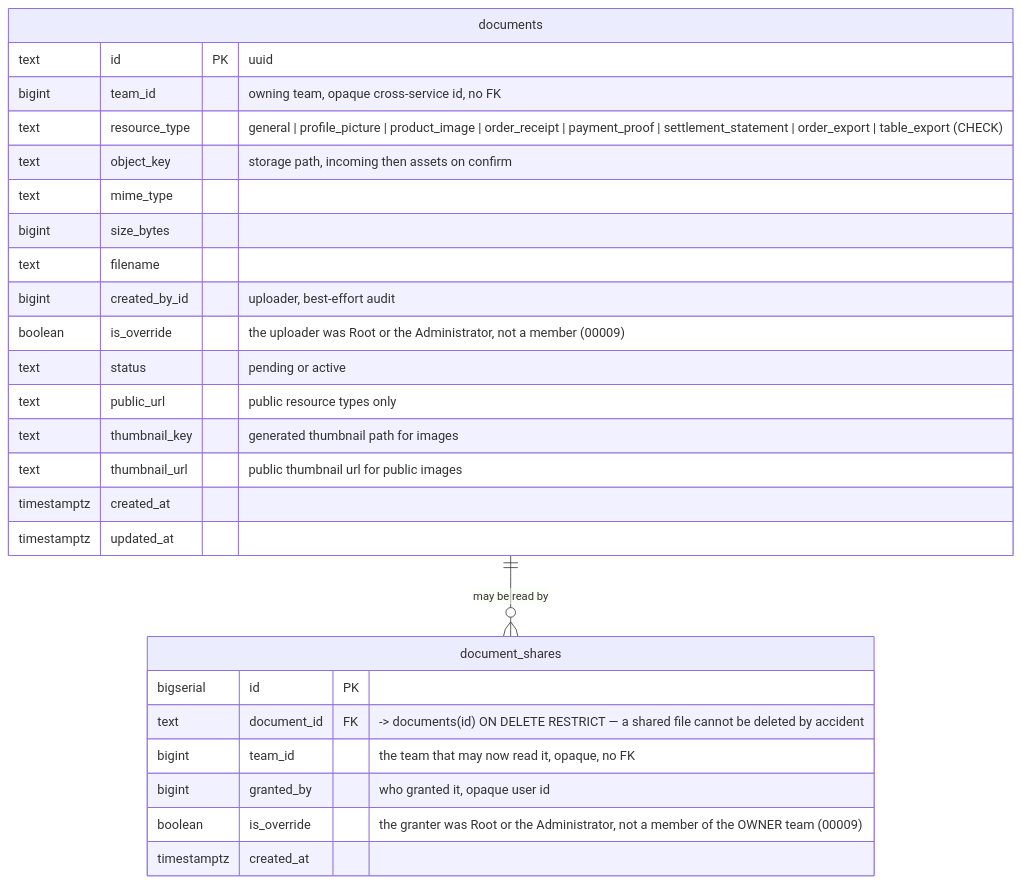
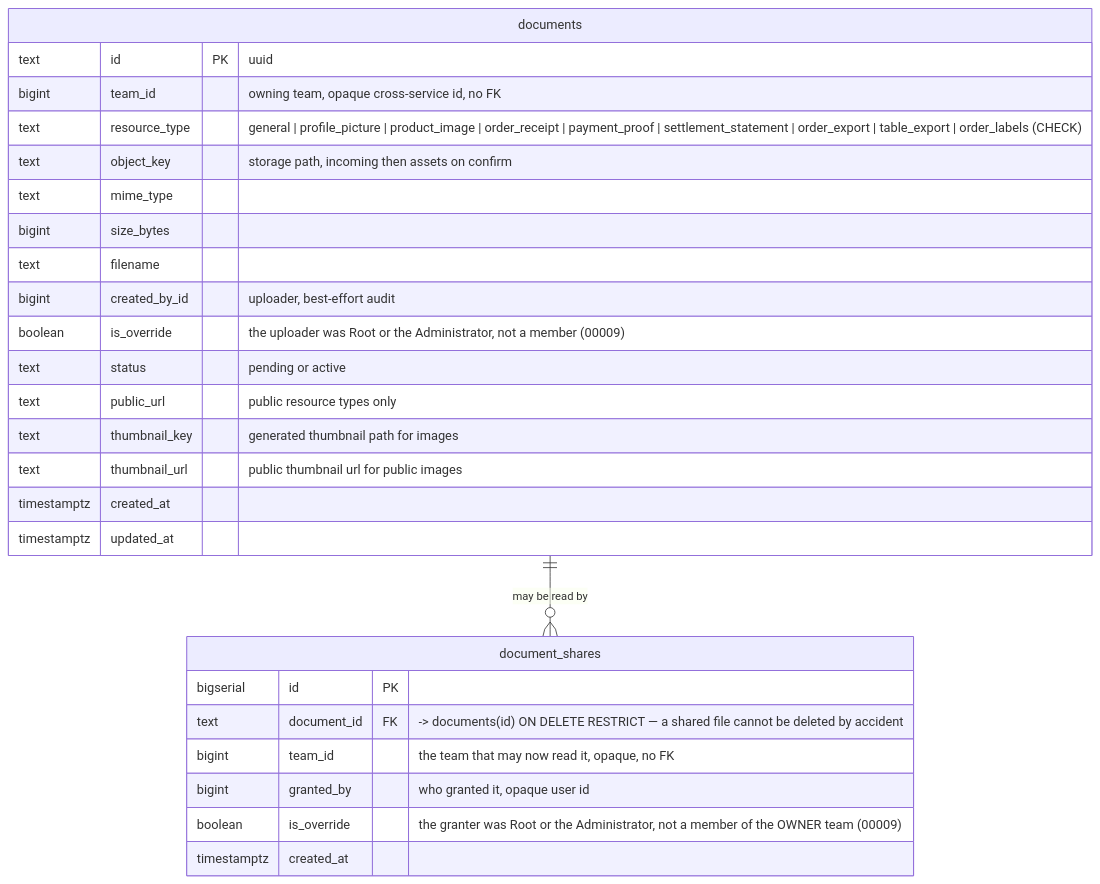
One commit to pdcgo/warehouse_revamp changed the seventh of 23 diagrams in docs/database-schema.md. Above: the diagram before and after it, drawn with Mermaid. The commit also changed other lines of this file and 73 other files, not shown here.

First line of the commit message:
feat(warehouse): the new warehouse order list goes live; labels print together as one PDF

````diff
--- a/docs/database-schema.md
+++ b/docs/database-schema.md
@@ -947,31 +947,31 @@
 ```mermaid
 erDiagram
     documents ||--o{ document_shares : "may be read by"
 
     documents {
         text        id            PK "uuid"
         bigint      team_id       "owning team, opaque cross-service id, no FK"
-        text        resource_type "general | profile_picture | product_image | order_receipt | payment_proof | settlement_statement | order_export | table_export (CHECK)"
+        text        resource_type "general | profile_picture | product_image | order_receipt | payment_proof | settlement_statement | order_export | table_export | order_labels (CHECK)"
         text        object_key    "storage path, incoming then assets on confirm"
         text        mime_type
         bigint      size_bytes
         text        filename
         bigint      created_by_id "uploader, best-effort audit"
         boolean     is_override   "the uploader was Root or the Administrator, not a member (00009)"
         text        status        "pending or active"
         text        public_url    "public resource types only"
         text        thumbnail_key "generated thumbnail path for images"
         text        thumbnail_url "public thumbnail url for public images"
         timestamptz created_at
         timestamptz updated_at
     }
 
     document_shares {
         bigserial   id          PK
         text        document_id FK "-> documents(id) ON DELETE RESTRICT — a shared file cannot be deleted by accident"
         bigint      team_id     "the team that may now read it, opaque, no FK"
         bigint      granted_by  "who granted it, opaque user id"
         boolean     is_override "the granter was Root or the Administrator, not a member of the OWNER team (00009)"
         timestamptz created_at
     }
 ```
````
